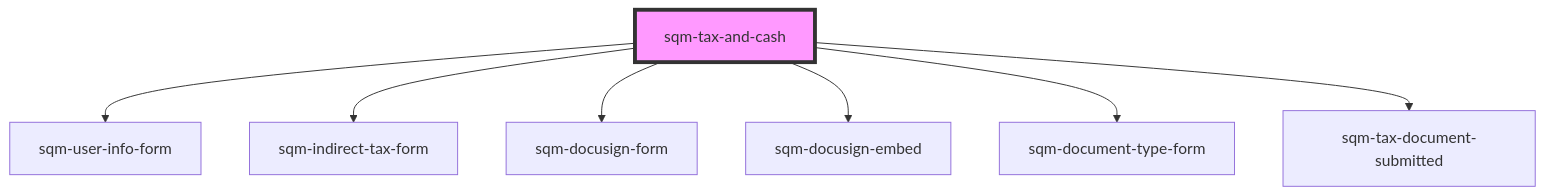
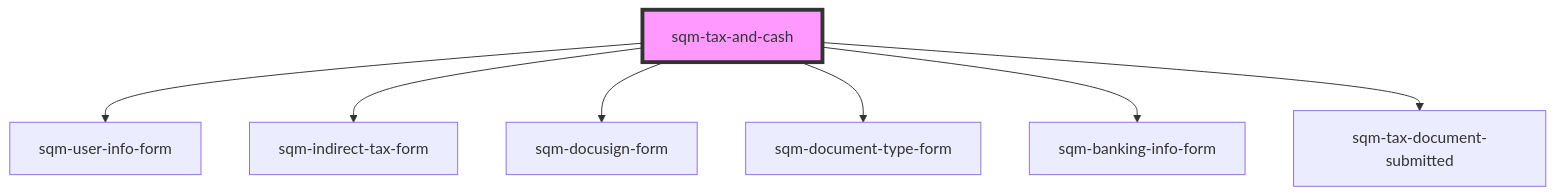
One commit to saasquatch/program-tools changed the diagram in packages/mint-components/src/components/tax-and-cash/sqm-tax-and-cash/readme.md. Above: the diagram before and after it, drawn with Mermaid. The commit also changed other lines of this file and 13 other files, not shown here.

````diff
--- a/packages/mint-components/src/components/tax-and-cash/sqm-tax-and-cash/readme.md
+++ b/packages/mint-components/src/components/tax-and-cash/sqm-tax-and-cash/readme.md
@@ -126,10 +128,10 @@
 ```mermaid
 graph TD;
   sqm-tax-and-cash --> sqm-user-info-form
   sqm-tax-and-cash --> sqm-indirect-tax-form
   sqm-tax-and-cash --> sqm-docusign-form
-  sqm-tax-and-cash --> sqm-docusign-embed
   sqm-tax-and-cash --> sqm-document-type-form
+  sqm-tax-and-cash --> sqm-banking-info-form
   sqm-tax-and-cash --> sqm-tax-document-submitted
   style sqm-tax-and-cash fill:#f9f,stroke:#333,stroke-width:4px
 ```
````
